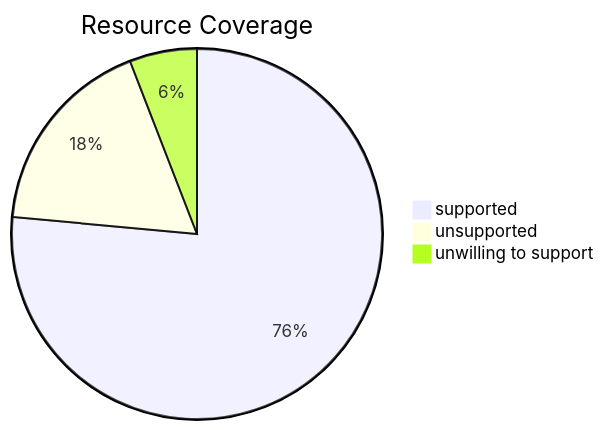
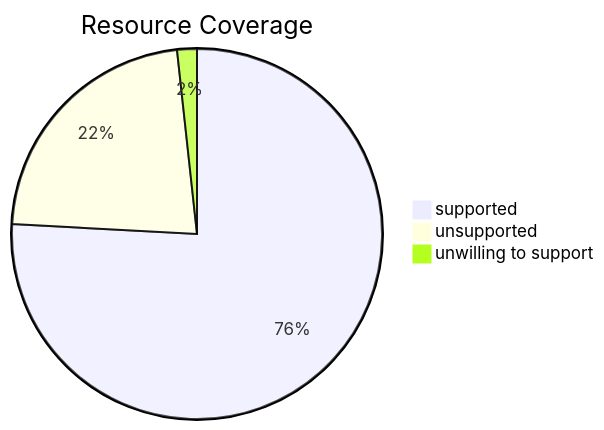
Before and after one commit to lassoColombo/nuke: the diagram in .doc/resource-coverage/coverage.md, drawn with Mermaid. The commit also changed other lines of this file, not shown here.

````diff
--- a/.doc/resource-coverage/coverage.md
+++ b/.doc/resource-coverage/coverage.md
@@ -5,7 +3,7 @@
 ```mermaid
 pie title Resource Coverage
-    "supported" : 13
-    "unsupported" : 3
+    "supported" : 44
+    "unsupported" : 13
     "unwilling to support" : 1
 
 ```
````
